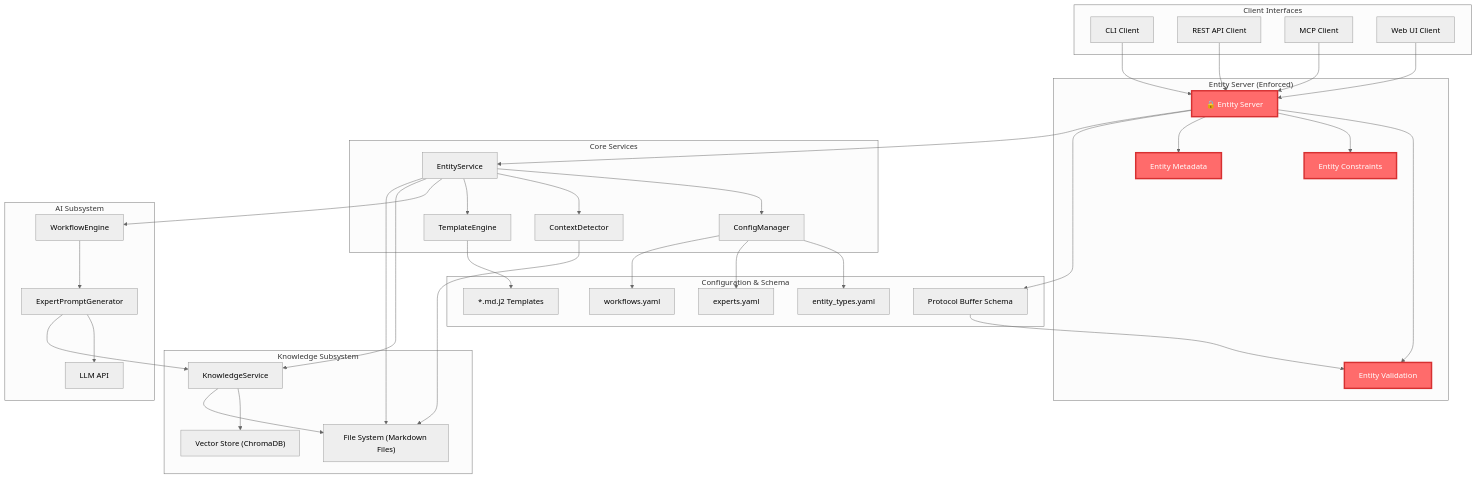
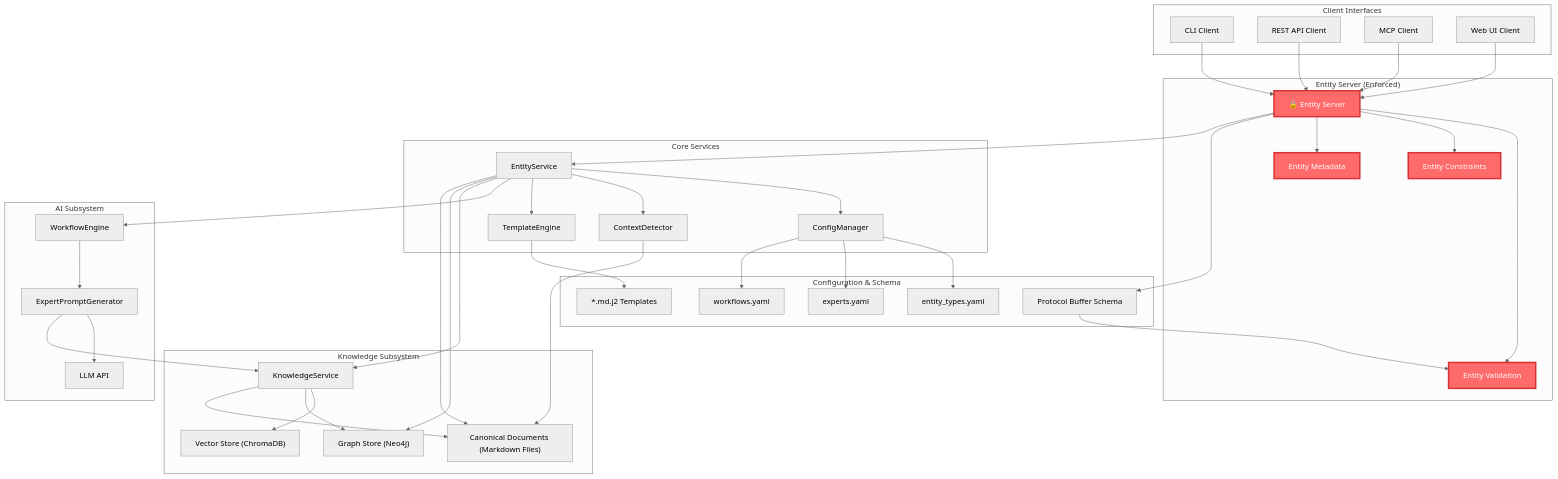
The first of 4 diagrams in docs/ARCHITECTURE_VISUALIZATION.md (the-greenman/semops2), drawn with Mermaid (neutral theme) before and after one commit. The commit also changed other lines of this file and 8 other files, not shown here.

```diff
--- a/docs/ARCHITECTURE_VISUALIZATION.md
+++ b/docs/ARCHITECTURE_VISUALIZATION.md
@@ -38,7 +43,8 @@
     subgraph "Knowledge Subsystem"
         KnowledgeService["KnowledgeService"]
         VectorStore["Vector Store (ChromaDB)"]
-        FileSystem["File System (Markdown Files)"]
+        GraphStore["Graph Store (Neo4j)"]
+        FileSystem["Canonical Documents (Markdown Files)"]
     end
 
     subgraph "Configuration & Schema"
@@ -68,6 +74,7 @@
     EntityService --> TemplateEngine
     EntityService --> WorkflowEngine
     EntityService --> KnowledgeService
+    EntityService --> GraphStore
     EntityService --> FileSystem
 
     %% Configuration relationships
@@ -87,6 +94,7 @@
 
     %% Knowledge system relationships
     KnowledgeService --> VectorStore
+    KnowledgeService --> GraphStore
     KnowledgeService --> FileSystem
 
     classDef enforced fill:#ff6b6b,stroke:#d63031,stroke-width:3px,color:#fff
```
